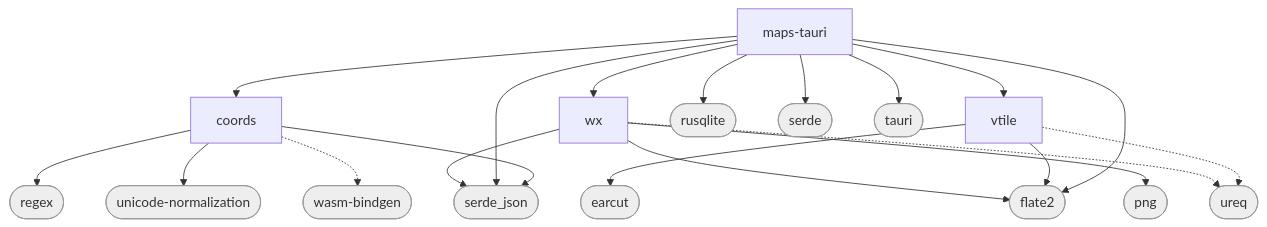
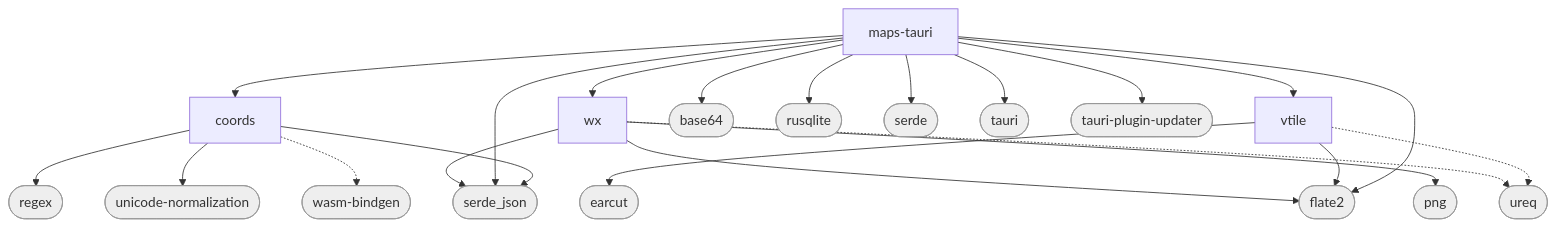
One commit to jake-king/maps-tauri changed the diagram in book/src/crates.mmd. Above: the diagram before and after it, drawn with Mermaid. The commit also changed 17 other files, not shown here.

```diff
--- a/book/src/crates.mmd
+++ b/book/src/crates.mmd
@@ -1,38 +1,42 @@
 %% generated by tools/crate_graph.py from cargo metadata; the gate checks it is current
 flowchart TD
   coords[coords]
   maps_tauri[maps-tauri]
   vtile[vtile]
   wx[wx]
+  base64([base64])
   earcut([earcut])
   flate2([flate2])
   png([png])
   regex([regex])
   rusqlite([rusqlite])
   serde([serde])
   serde_json([serde_json])
   tauri([tauri])
+  tauri_plugin_updater([tauri-plugin-updater])
   unicode_normalization([unicode-normalization])
   ureq([ureq])
   wasm_bindgen([wasm-bindgen])
   coords --> regex
   coords --> serde_json
   coords --> unicode_normalization
   coords -.-> wasm_bindgen
+  maps_tauri --> base64
   maps_tauri --> coords
   maps_tauri --> flate2
   maps_tauri --> rusqlite
   maps_tauri --> serde
   maps_tauri --> serde_json
   maps_tauri --> tauri
+  maps_tauri --> tauri_plugin_updater
   maps_tauri --> vtile
   maps_tauri --> wx
   vtile --> earcut
   vtile --> flate2
   vtile -.-> ureq
   wx --> flate2
   wx --> png
   wx --> serde_json
   wx -.-> ureq
-  class earcut,flate2,png,regex,rusqlite,serde,serde_json,tauri,unicode_normalization,ureq,wasm_bindgen external
+  class base64,earcut,flate2,png,regex,rusqlite,serde,serde_json,tauri,tauri_plugin_updater,unicode_normalization,ureq,wasm_bindgen external
   classDef external fill:#eee,stroke:#999,color:#333
```
